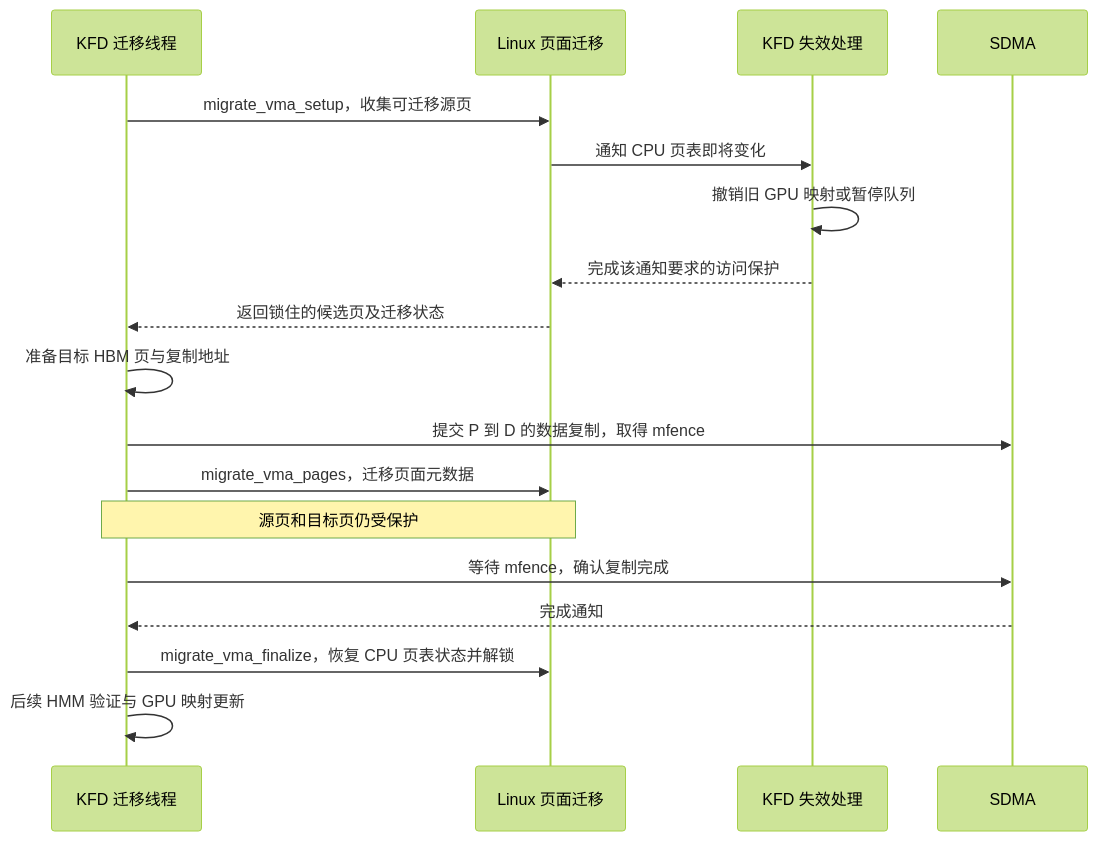
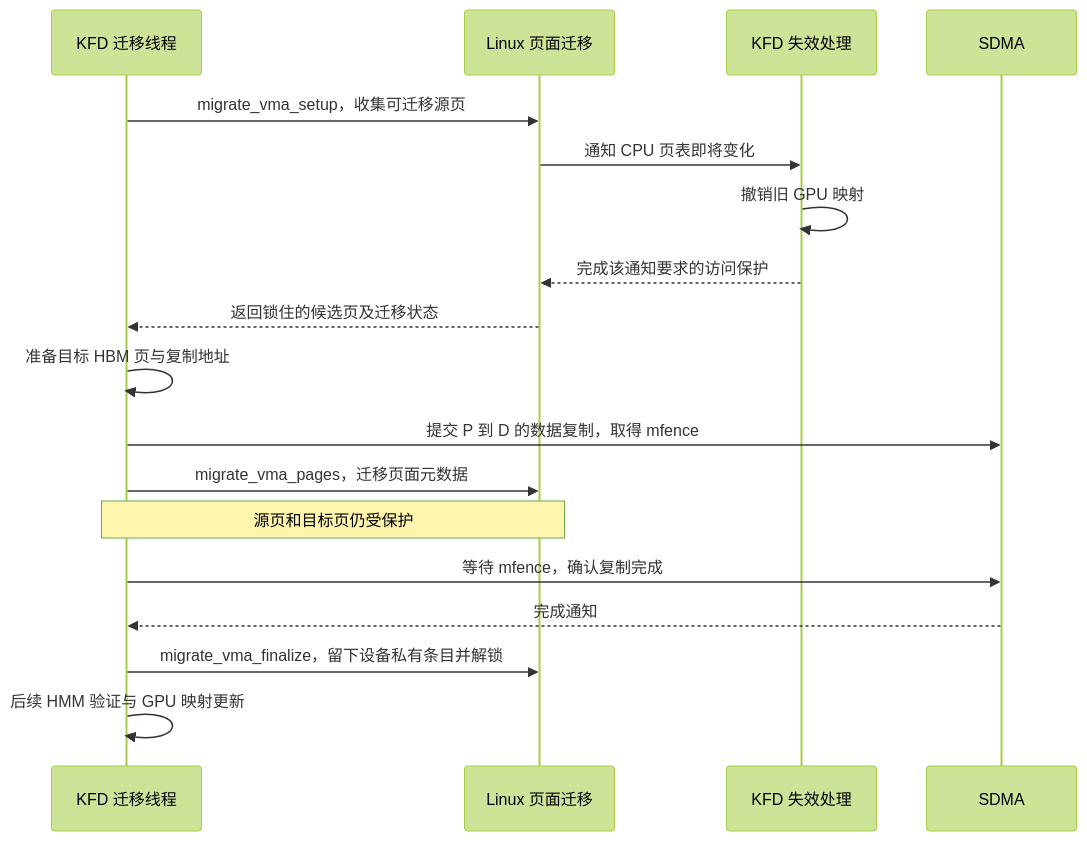
One commit to hxfei-git/gpu-study changed the seventh of 13 diagrams in 05_HMM 与 SVM：GPU 缺页恢复与页面迁移.md. Above: the diagram before and after it, drawn with Mermaid (forest theme). The commit also changed other lines of this file and 4 other files, not shown here.

````diff
--- a/05_HMM 与 SVM：GPU 缺页恢复与页面迁移.md
+++ b/05_HMM 与 SVM：GPU 缺页恢复与页面迁移.md
@@ -1310,20 +1808,20 @@
 ```mermaid
 sequenceDiagram
     participant K as KFD 迁移线程
     participant M as Linux 页面迁移
     participant N as KFD 失效处理
     participant D as SDMA
     K->>M: migrate_vma_setup，收集可迁移源页
     M->>N: 通知 CPU 页表即将变化
-    N->>N: 撤销旧 GPU 映射或暂停队列
+    N->>N: 撤销旧 GPU 映射
     N-->>M: 完成该通知要求的访问保护
     M-->>K: 返回锁住的候选页及迁移状态
     K->>K: 准备目标 HBM 页与复制地址
     K->>D: 提交 P 到 D 的数据复制，取得 mfence
     K->>M: migrate_vma_pages，迁移页面元数据
     Note over K,M: 源页和目标页仍受保护
     K->>D: 等待 mfence，确认复制完成
     D-->>K: 完成通知
-    K->>M: migrate_vma_finalize，恢复 CPU 页表状态并解锁
+    K->>M: migrate_vma_finalize，留下设备私有条目并解锁
     K->>K: 后续 HMM 验证与 GPU 映射更新
 ```
````
